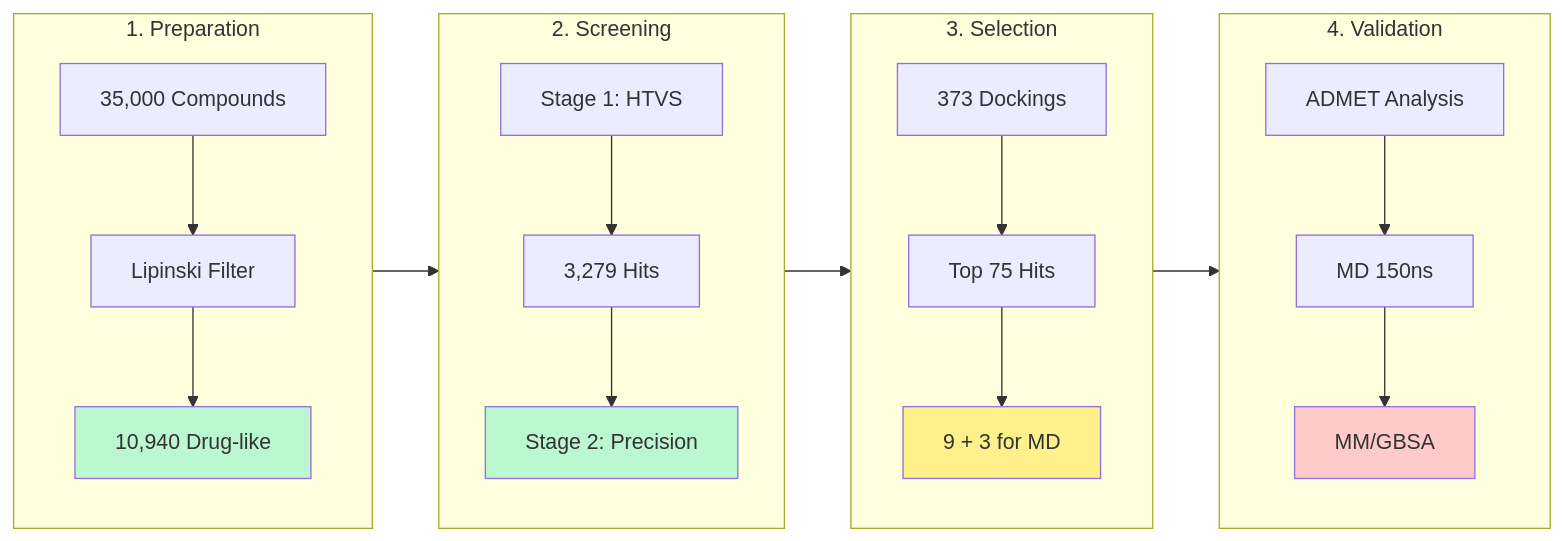
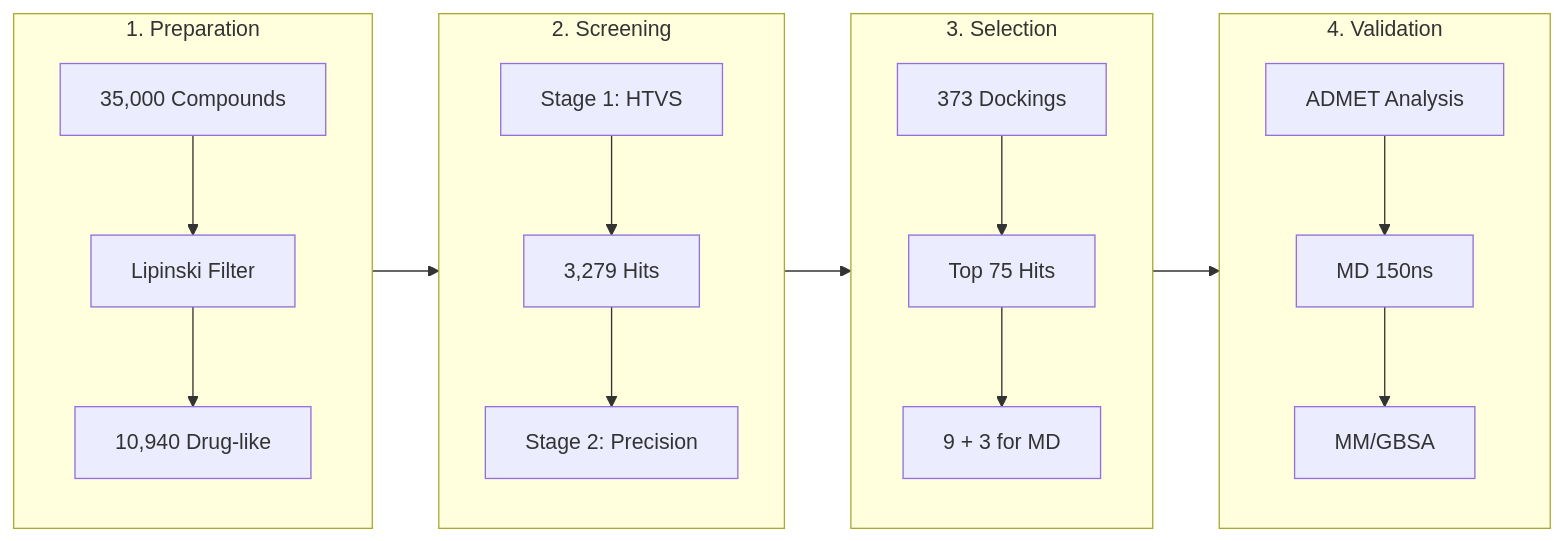
The diagram in README.md (Ayush75-code/GPR55-Antagonist-Discovery), drawn with Mermaid before and after one commit.

Commit message:
style: Remove colors from workflow diagram for cleaner look

````diff
--- a/README.md
+++ b/README.md
@@ -26,39 +26,33 @@
 ```mermaid
 flowchart LR
     %% Column 1: Prep
     subgraph COL1 [1. Preparation]
         direction TB
         A[35,000 Compounds] --> B[Lipinski Filter]
         B --> C[10,940 Drug-like]
     end
     
     %% Column 2: Screening
     subgraph COL2 [2. Screening]
         direction TB
         D[Stage 1: HTVS] --> E[3,279 Hits]
         E --> F[Stage 2: Precision]
     end
     
     %% Column 3: Selection
     subgraph COL3 [3. Selection]
         direction TB
         G[373 Dockings] --> H[Top 75 Hits]
         H --> I[9 + 3 for MD]
     end
     
     %% Column 4: Validation
     subgraph COL4 [4. Validation]
         direction TB
         J[ADMET Analysis] --> K[MD 150ns]
         K --> L[MM/GBSA]
     end
 
     %% Link Columns
     COL1 --> COL2 --> COL3 --> COL4
-    
-    %% Styling
-    style C fill:#bbf7d0
-    style F fill:#bbf7d0
-    style I fill:#fef08a
-    style L fill:#fecaca
 ```
````
